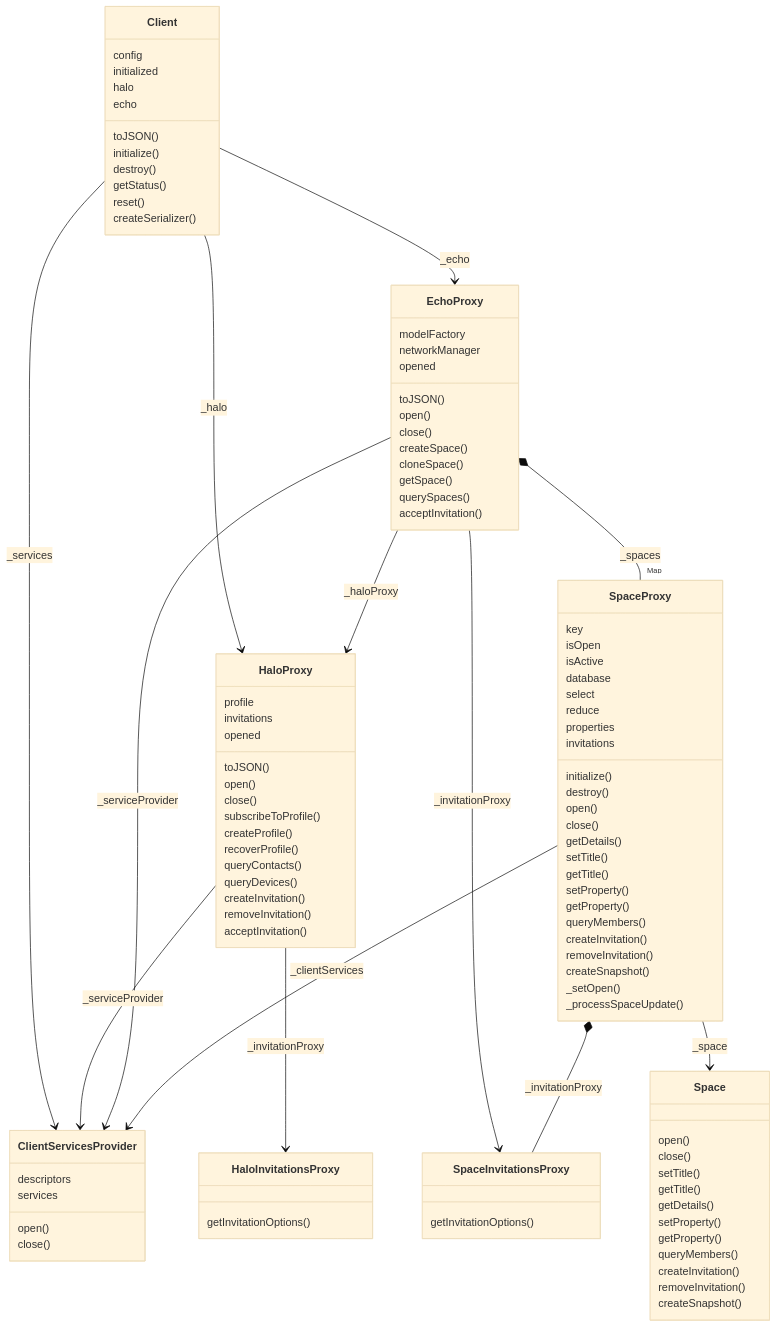
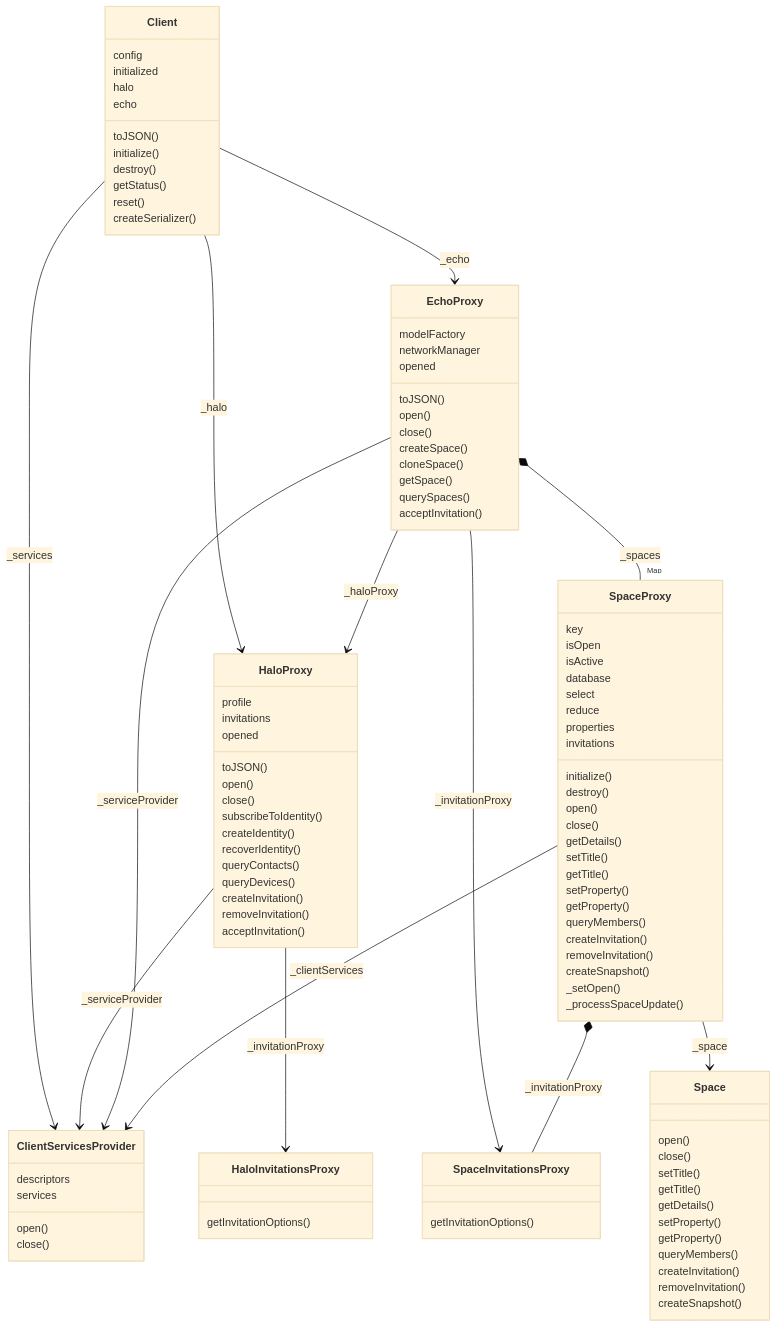
One commit to dxos/dxos changed the first of 2 diagrams in packages/sdk/client/docs/README.md. Above: the diagram before and after it, drawn with Mermaid (base theme). The commit also changed 105 other files, not shown here.

Commit message:
chore: Rename Profile -> Identity (#2547)

```diff
--- a/packages/sdk/client/docs/README.md
+++ b/packages/sdk/client/docs/README.md
@@ -37,9 +37,9 @@
   toJSON()
   open()
   close()
-  subscribeToProfile()
-  createProfile()
-  recoverProfile()
+  subscribeToIdentity()
+  createIdentity()
+  recoverIdentity()
   queryContacts()
   queryDevices()
   createInvitation()
```
